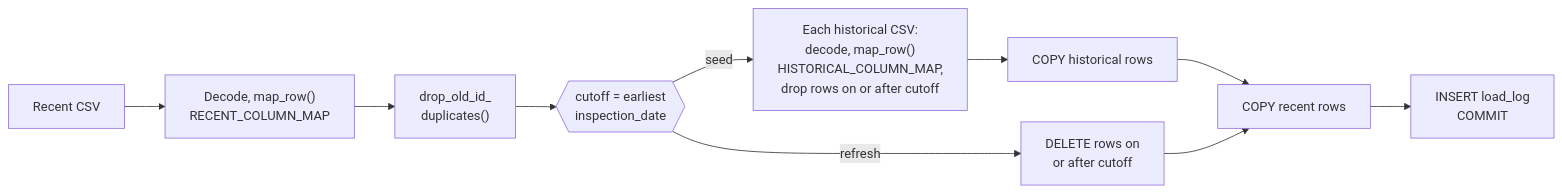
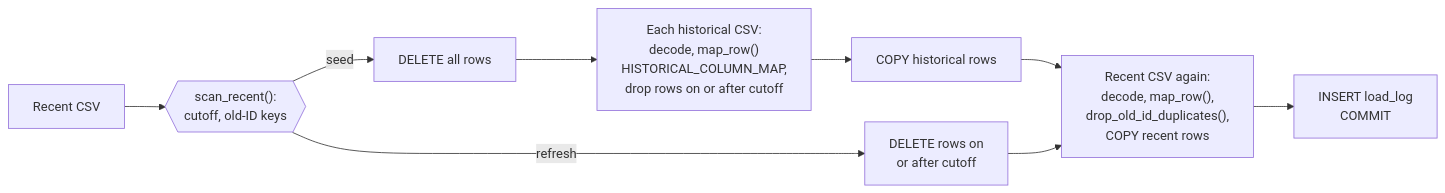
Before and after one commit to im-kenough/DineSafeViz: the second of 2 diagrams in docs-new/ref/3-6-datapipe-seed.md, drawn with Mermaid. The commit also changed other lines of this file and 36 other files, not shown here.

````diff
--- a/docs-new/ref/3-6-datapipe-seed.md
+++ b/docs-new/ref/3-6-datapipe-seed.md
@@ -90,10 +96,8 @@
 ```mermaid
 flowchart LR
-    rc["Recent CSV"] --> rmap["Decode, map_row()<br/>RECENT_COLUMN_MAP"]
-    rmap --> dd["drop_old_id_<br/>duplicates()"]
-    dd --> cut{{"cutoff = earliest<br/>inspection_date"}}
-    cut -- seed --> hist["Each historical CSV:<br/>decode, map_row()<br/>HISTORICAL_COLUMN_MAP,<br/>drop rows on or after cutoff"]
-    hist --> hcopy["COPY historical rows"] --> rcopy["COPY recent rows"]
-    cut -- refresh --> del["DELETE rows on<br/>or after cutoff"] --> rcopy
+    rc["Recent CSV"] --> scan{{"scan_recent():<br/>cutoff, old-ID keys"}}
+    scan -- seed --> sdel["DELETE all rows"] --> hist["Each historical CSV:<br/>decode, map_row()<br/>HISTORICAL_COLUMN_MAP,<br/>drop rows on or after cutoff"]
+    hist --> hcopy["COPY historical rows"] --> rcopy["Recent CSV again:<br/>decode, map_row(),<br/>drop_old_id_duplicates(),<br/>COPY recent rows"]
+    scan -- refresh --> del["DELETE rows on<br/>or after cutoff"] --> rcopy
     rcopy --> log["INSERT load_log<br/>COMMIT"]
 ```
````
